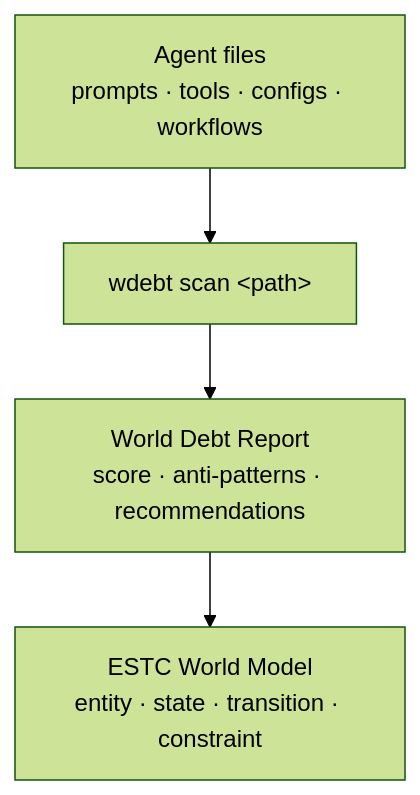
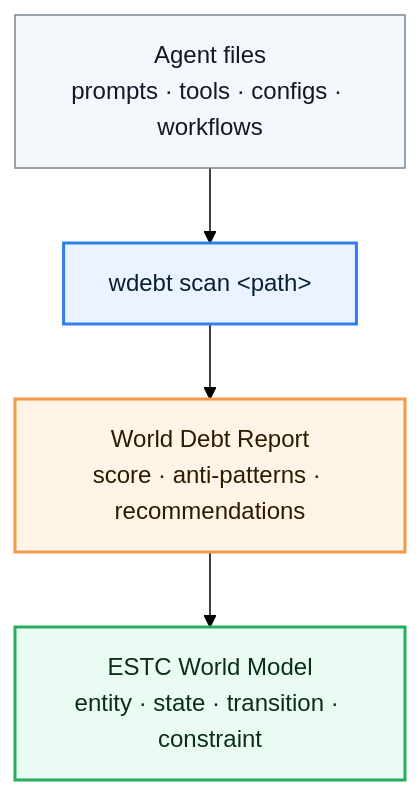
Before and after one commit to swit001/world-debt-detector: the diagram in README.md, drawn with Mermaid (forest theme).

Commit message:
Apply Swit colors to how it works diagram

```diff
--- a/README.md
+++ b/README.md
@@ -20,9 +20,19 @@
 ~~~mermaid
 flowchart TD
     A["Agent files<br/>prompts · tools · configs · workflows"]
     B["wdebt scan &lt;path&gt;"]
     C["World Debt Report<br/>score · anti-patterns · recommendations"]
     D["ESTC World Model<br/>entity · state · transition · constraint"]
 
     A --> B --> C --> D
+
+    classDef input fill:#F4F7FB,stroke:#7B8794,stroke-width:1px,color:#111827;
+    classDef scan fill:#EAF3FF,stroke:#2F80ED,stroke-width:2px,color:#0B1F33;
+    classDef report fill:#FFF4E5,stroke:#F2994A,stroke-width:2px,color:#2D1B00;
+    classDef world fill:#EAFBF3,stroke:#27AE60,stroke-width:2px,color:#0B2E1A;
+
+    class A input;
+    class B scan;
+    class C report;
+    class D world;
 ~~~
```
